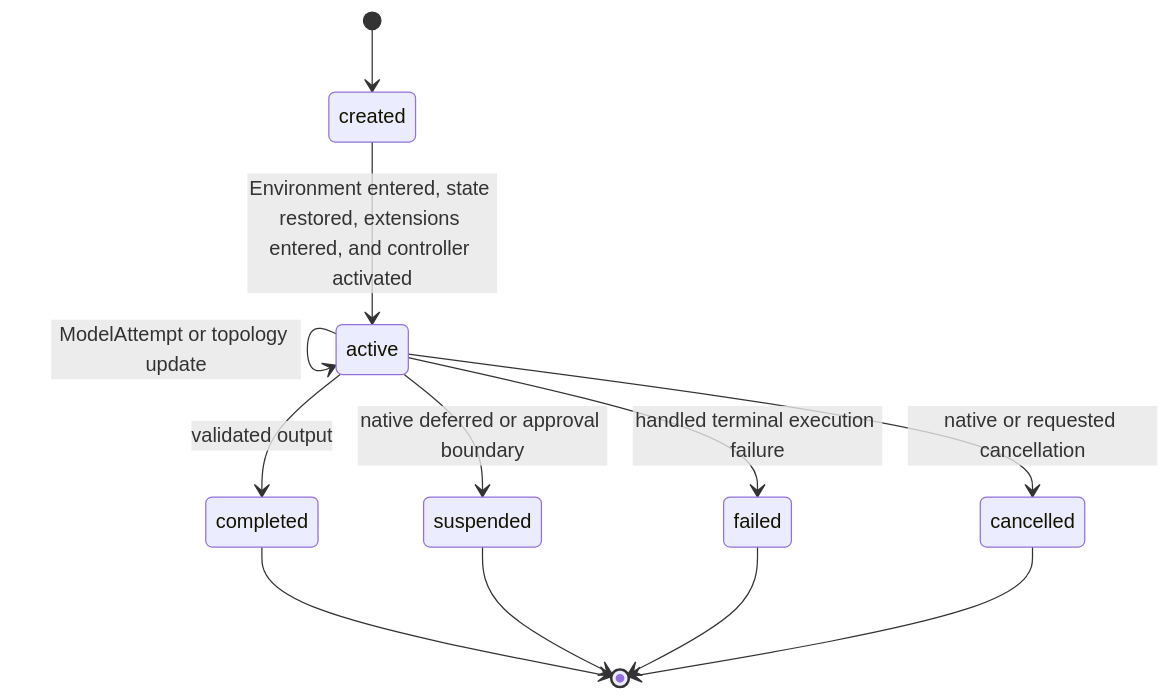
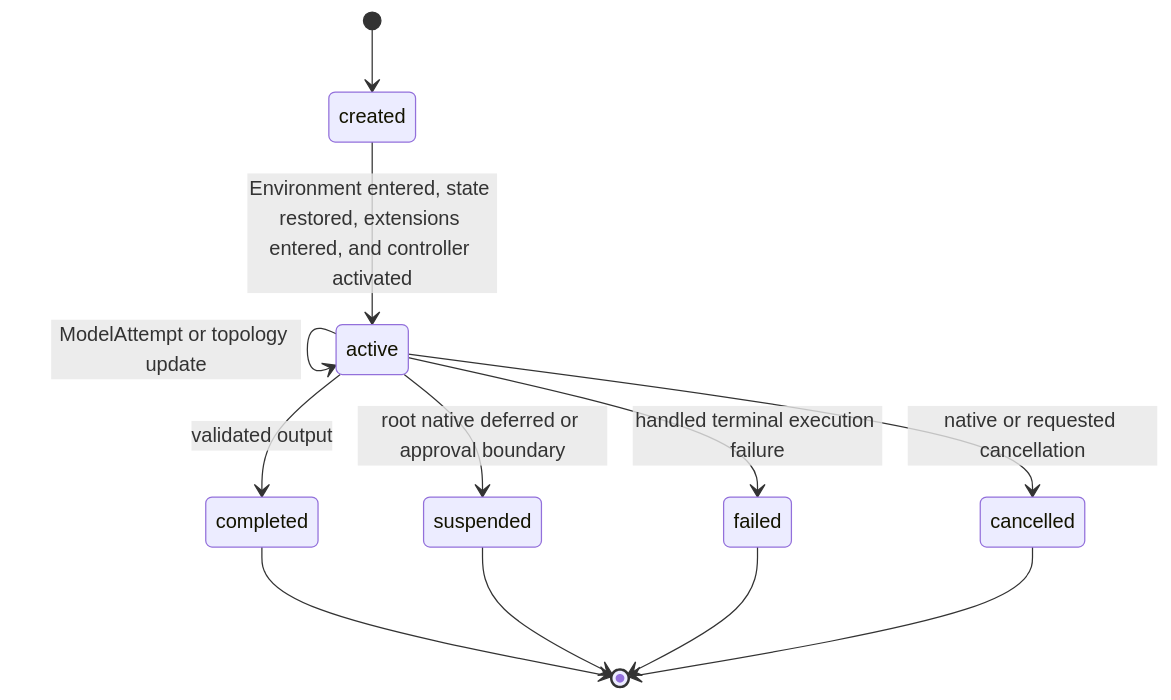
One commit to LTThreeComma/agent-foundation changed the first of 2 diagrams in spec/agent-harness/06-execution-context-and-lifecycle.md. Above: the diagram before and after it, drawn with Mermaid. The commit also changed other lines of this file and 97 other files, not shown here.

````diff
--- a/spec/agent-harness/06-execution-context-and-lifecycle.md
+++ b/spec/agent-harness/06-execution-context-and-lifecycle.md
@@ -62,14 +70,14 @@
 ```mermaid
 stateDiagram-v2
     [*] --> created
     created --> active: Environment entered, state restored, extensions entered, and controller activated
     active --> active: ModelAttempt or topology update
     active --> completed: validated output
-    active --> suspended: native deferred or approval boundary
+    active --> suspended: root native deferred or approval boundary
     active --> failed: handled terminal execution failure
     active --> cancelled: native or requested cancellation
     completed --> [*]
     suspended --> [*]
     failed --> [*]
     cancelled --> [*]
 ```
````
